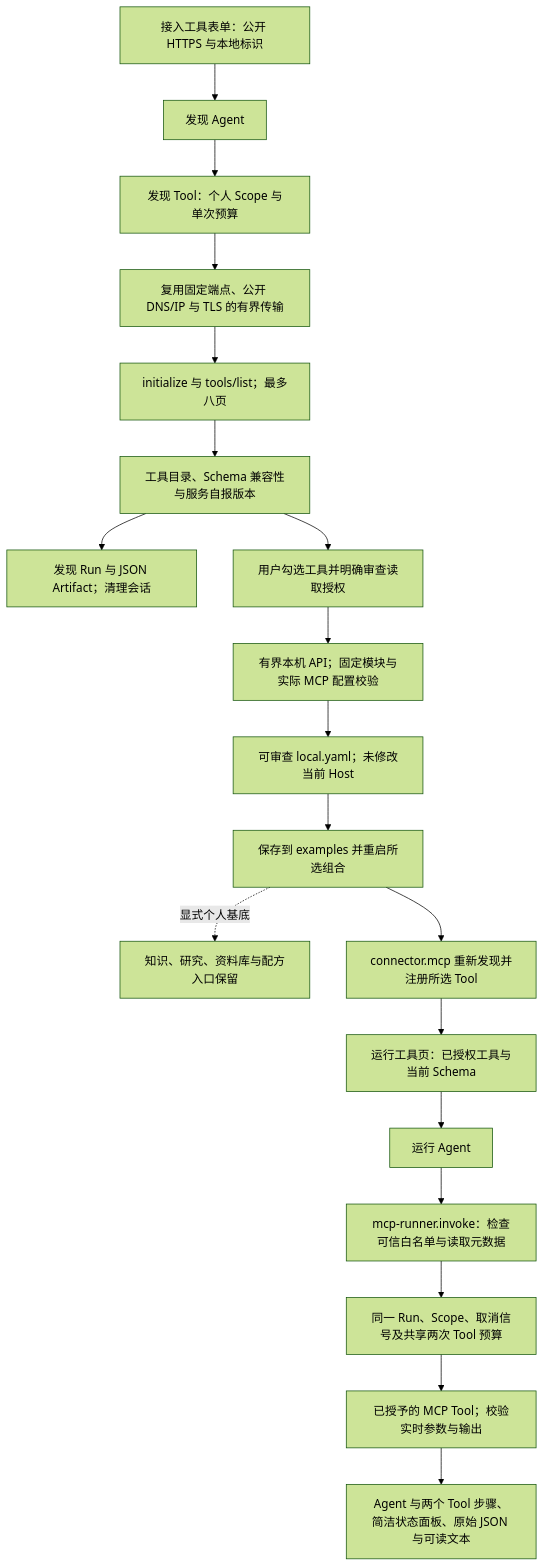
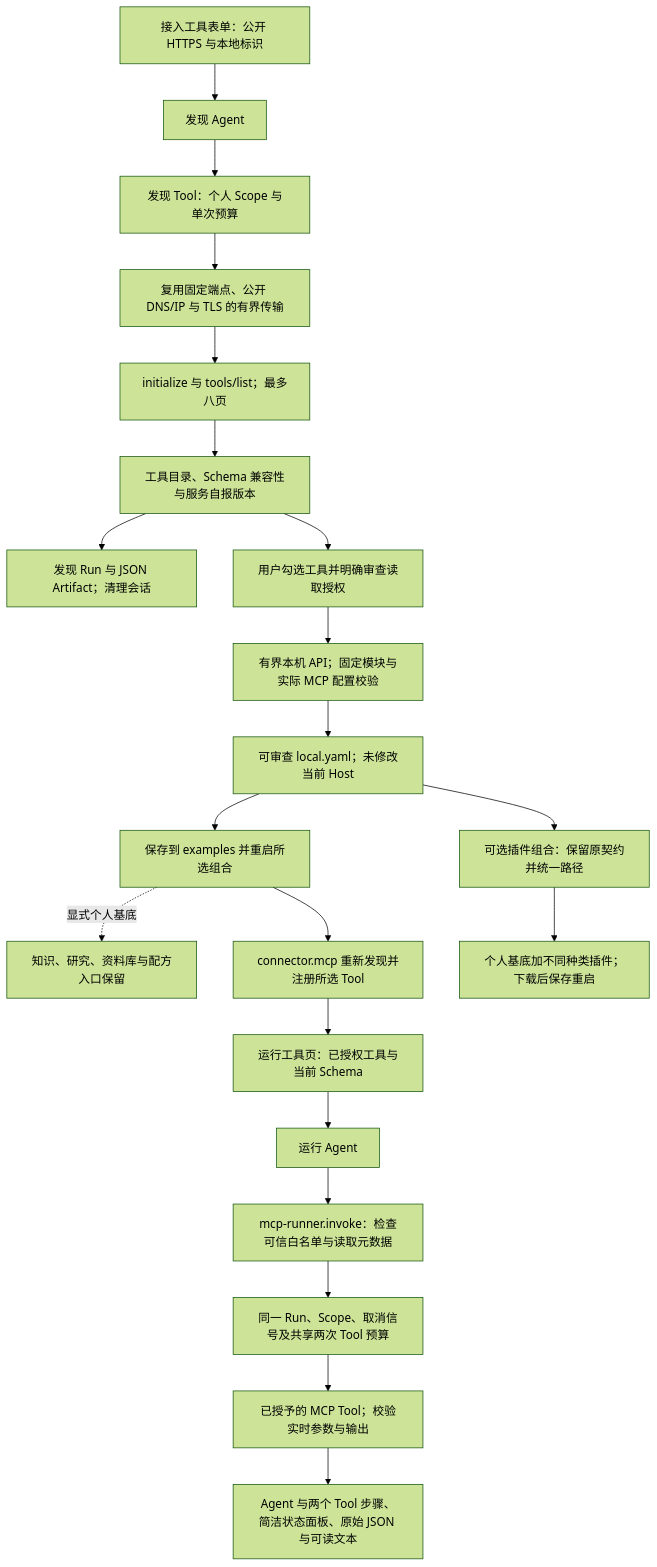
One commit to KlayPeter/AI-Delivery-Ops-Agent changed the diagram in backend/src/connectors/mcp-workbench/FEATURE.md. Above: the diagram before and after it, drawn with Mermaid (forest theme). The commit also changed other lines of this file and 30 other files, not shown here.

````diff
--- a/backend/src/connectors/mcp-workbench/FEATURE.md
+++ b/backend/src/connectors/mcp-workbench/FEATURE.md
@@ -23,21 +23,23 @@
 ```mermaid
 flowchart TD
     UI[接入工具表单：公开 HTTPS 与本地标识] --> IA[发现 Agent]
     IA --> IT[发现 Tool：个人 Scope 与单次预算]
     IT --> NET[复用固定端点、公开 DNS/IP 与 TLS 的有界传输]
     NET --> META[initialize 与 tools/list；最多八页]
     META --> CATALOG[工具目录、Schema 兼容性与服务自报版本]
     CATALOG --> HIST[发现 Run 与 JSON Artifact；清理会话]
     CATALOG --> REVIEW[用户勾选工具并明确审查读取授权]
     REVIEW --> EXPORT[有界本机 API；固定模块与实际 MCP 配置校验]
     EXPORT --> YAML[可审查 local.yaml；未修改当前 Host]
     YAML --> RESTART[保存到 examples 并重启所选组合]
     RESTART -. 显式个人基底 .-> PERSONAL[知识、研究、资料库与配方入口保留]
     RESTART --> CONNECTOR[connector.mcp 重新发现并注册所选 Tool]
     CONNECTOR --> RUNNER[运行工具页：已授权工具与当前 Schema]
     RUNNER --> RA[运行 Agent]
     RA --> ROUTE[mcp-runner.invoke：检查可信白名单与读取元数据]
     ROUTE --> GATE[同一 Run、Scope、取消信号及共享两次 Tool 预算]
     GATE --> CALL[已授予的 MCP Tool；校验实时参数与输出]
     CALL --> RESULT[Agent 与两个 Tool 步骤、简洁状态面板、原始 JSON 与可读文本]
+    YAML --> PC[可选插件组合：保留原契约并统一路径]
+    PC --> PERSONAL_COMBO[个人基底加不同种类插件；下载后保存重启]
 ```
````
